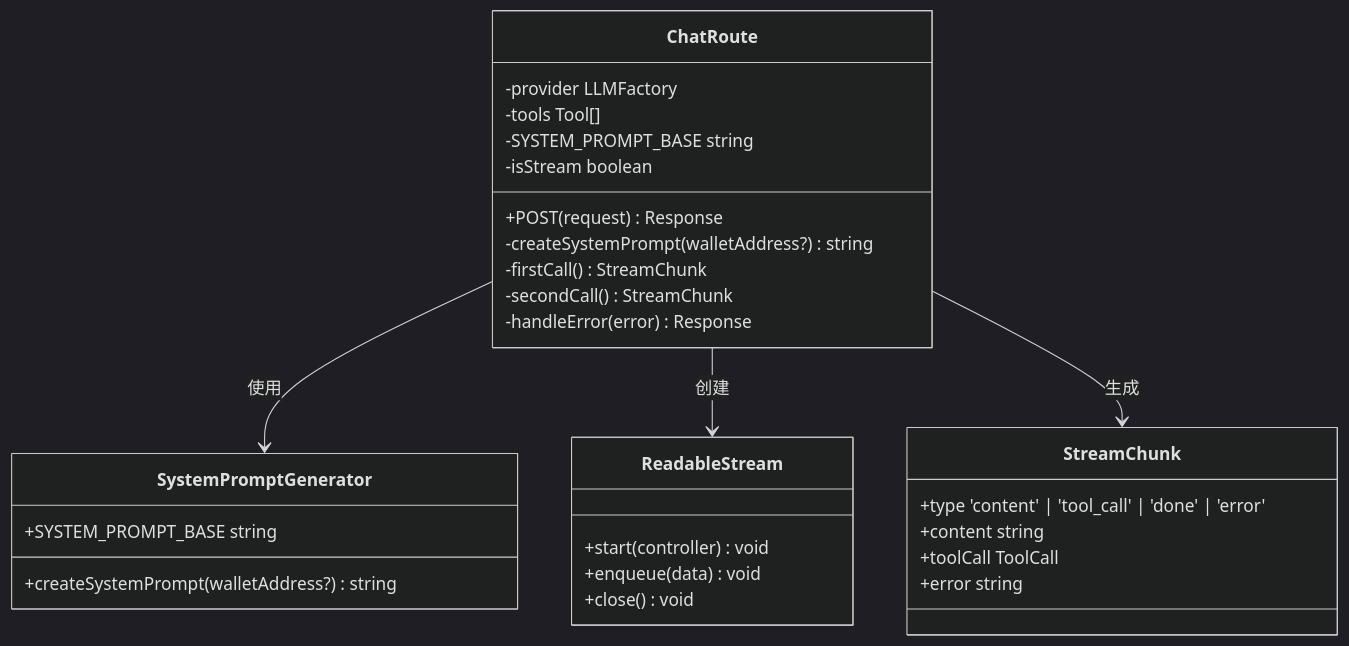
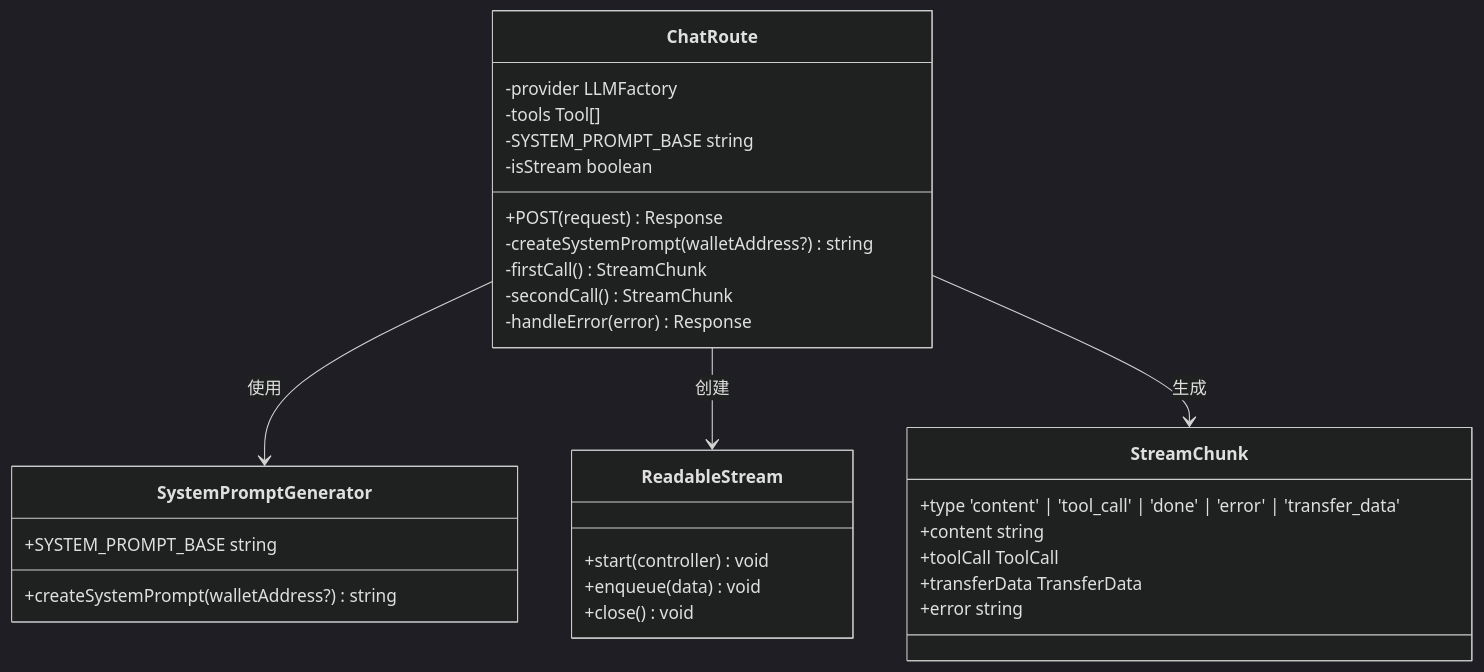
The fourth of 35 diagrams in .qoder/repowiki/zh/content/核心技能详解/SSE流式聊天系统.md (CryptoLinxu/Web3-AI-Agent), drawn with Mermaid (dark theme) before and after one commit. The commit also changed other lines of this file and 7 other files, not shown here.

````diff
--- a/.qoder/repowiki/zh/content/核心技能详解/SSE流式聊天系统.md
+++ b/.qoder/repowiki/zh/content/核心技能详解/SSE流式聊天系统.md
@@ -281,32 +317,33 @@
 ```mermaid
 classDiagram
 class ChatRoute {
 +POST(request) Response
 -provider LLMFactory
 -tools Tool[]
 -SYSTEM_PROMPT_BASE string
 -createSystemPrompt(walletAddress?) string
 -isStream boolean
 -firstCall() StreamChunk
 -secondCall() StreamChunk
 -handleError(error) Response
 }
 class SystemPromptGenerator {
 +SYSTEM_PROMPT_BASE string
 +createSystemPrompt(walletAddress?) string
 }
 class ReadableStream {
 +start(controller) void
 +enqueue(data) void
 +close() void
 }
 class StreamChunk {
-+type 'content' | 'tool_call' | 'done' | 'error'
++type 'content' | 'tool_call' | 'done' | 'error' | 'transfer_data'
 +content string
 +toolCall ToolCall
++transferData TransferData
 +error string
 }
 ChatRoute --> SystemPromptGenerator : 使用
 ChatRoute --> ReadableStream : 创建
 ChatRoute --> StreamChunk : 生成
 ```
````
